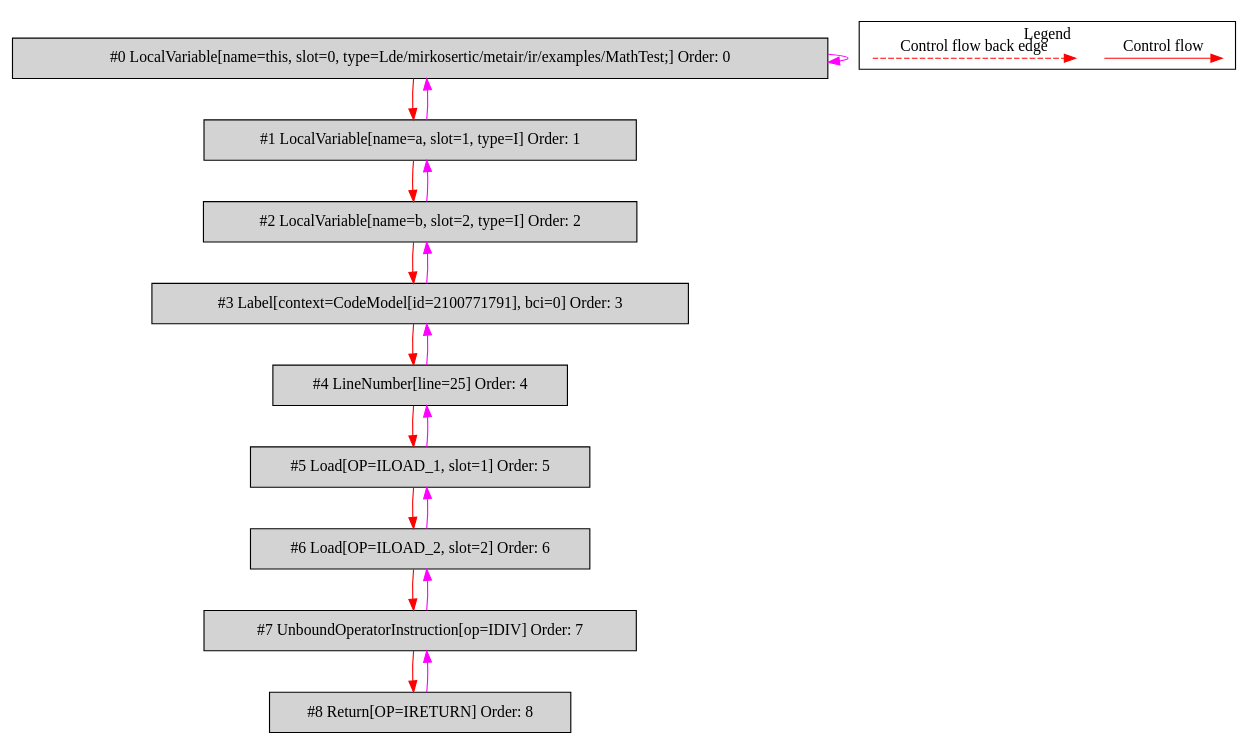
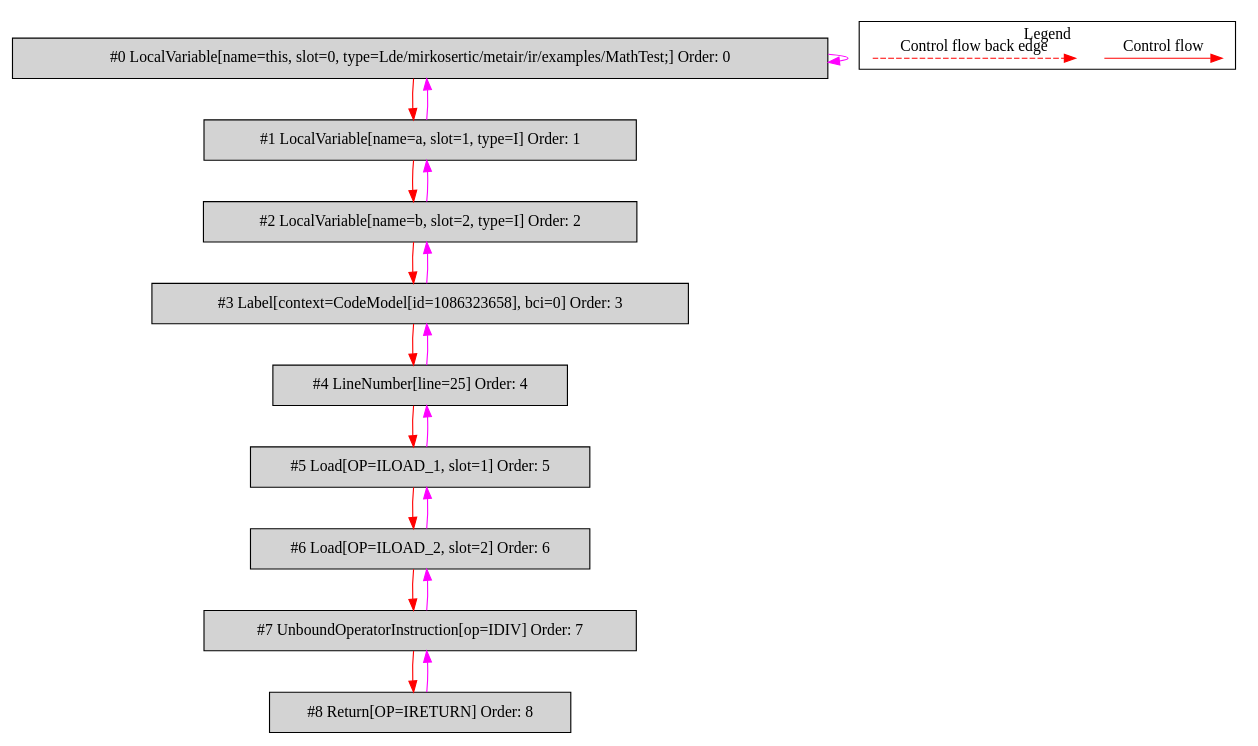
The diagram in de.mirkosertic.metair.ir.examples.MathTest/idiv/bytecodecfg.dot (mirkosertic/MetaIR), drawn with Graphviz before and after one commit. The commit also changed 1202 other files, not shown here.

```diff
--- a/de.mirkosertic.metair.ir.examples.MathTest/idiv/bytecodecfg.dot
+++ b/de.mirkosertic.metair.ir.examples.MathTest/idiv/bytecodecfg.dot
@@ -1,43 +1,43 @@
 digraph {
  ordering="in";
  node0[label="#0 LocalVariable[name=this, slot=0, type=Lde/mirkosertic/metair/ir/examples/MathTest;] Order: 0", shape=box, fillcolor=lightgrey, style=filled];
  node1[label="#1 LocalVariable[name=a, slot=1, type=I] Order: 1", shape=box, fillcolor=lightgrey, style=filled];
  node2[label="#2 LocalVariable[name=b, slot=2, type=I] Order: 2", shape=box, fillcolor=lightgrey, style=filled];
- node3[label="#3 Label[context=CodeModel[id=2100771791], bci=0] Order: 3", shape=box, fillcolor=lightgrey, style=filled];
+ node3[label="#3 Label[context=CodeModel[id=1086323658], bci=0] Order: 3", shape=box, fillcolor=lightgrey, style=filled];
  node4[label="#4 LineNumber[line=25] Order: 4", shape=box, fillcolor=lightgrey, style=filled];
  node5[label="#5 Load[OP=ILOAD_1, slot=1] Order: 5", shape=box, fillcolor=lightgrey, style=filled];
  node6[label="#6 Load[OP=ILOAD_2, slot=2] Order: 6", shape=box, fillcolor=lightgrey, style=filled];
  node7[label="#7 UnboundOperatorInstruction[op=IDIV] Order: 7", shape=box, fillcolor=lightgrey, style=filled];
  node8[label="#8 Return[OP=IRETURN] Order: 8", shape=box, fillcolor=lightgrey, style=filled];
  node0 -> node0[color=fuchsia];
  node0 -> node1[color=red];
  node1 -> node0[color=fuchsia];
  node1 -> node2[color=red];
  node2 -> node1[color=fuchsia];
  node2 -> node3[color=red];
  node3 -> node2[color=fuchsia];
  node3 -> node4[color=red];
  node4 -> node3[color=fuchsia];
  node4 -> node5[color=red];
  node5 -> node4[color=fuchsia];
  node5 -> node6[color=red];
  node6 -> node5[color=fuchsia];
  node6 -> node7[color=red];
  node7 -> node6[color=fuchsia];
  node7 -> node8[color=red];
  node8 -> node7[color=fuchsia];
  subgraph cluster_000 {
   label = "Legend";
   node [shape=point]
   {
    rank=same;
    c0 [style = invis];
    c1 [style = invis];
    c2 [style = invis];
    c3 [style = invis];
   }
   c0 -> c1 [label="Control flow", style=solid, color=red]
   c2 -> c3 [label="Control flow back edge", style=dashed, color=red]
  }
 
 }
```
